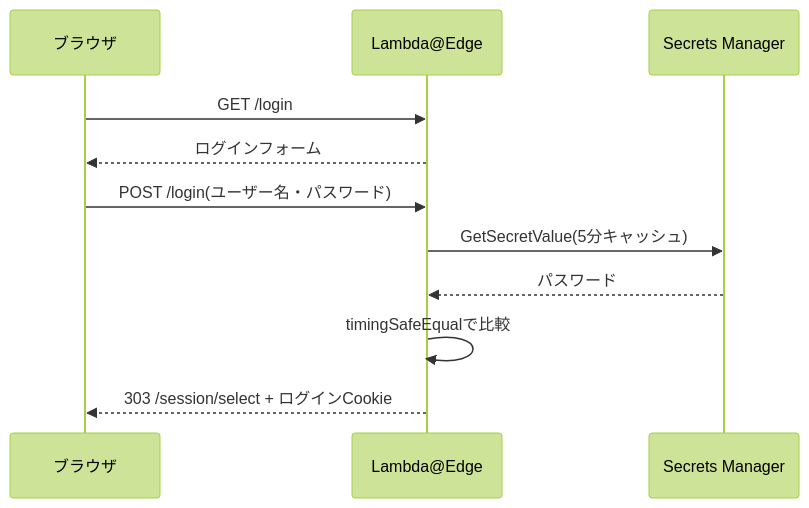
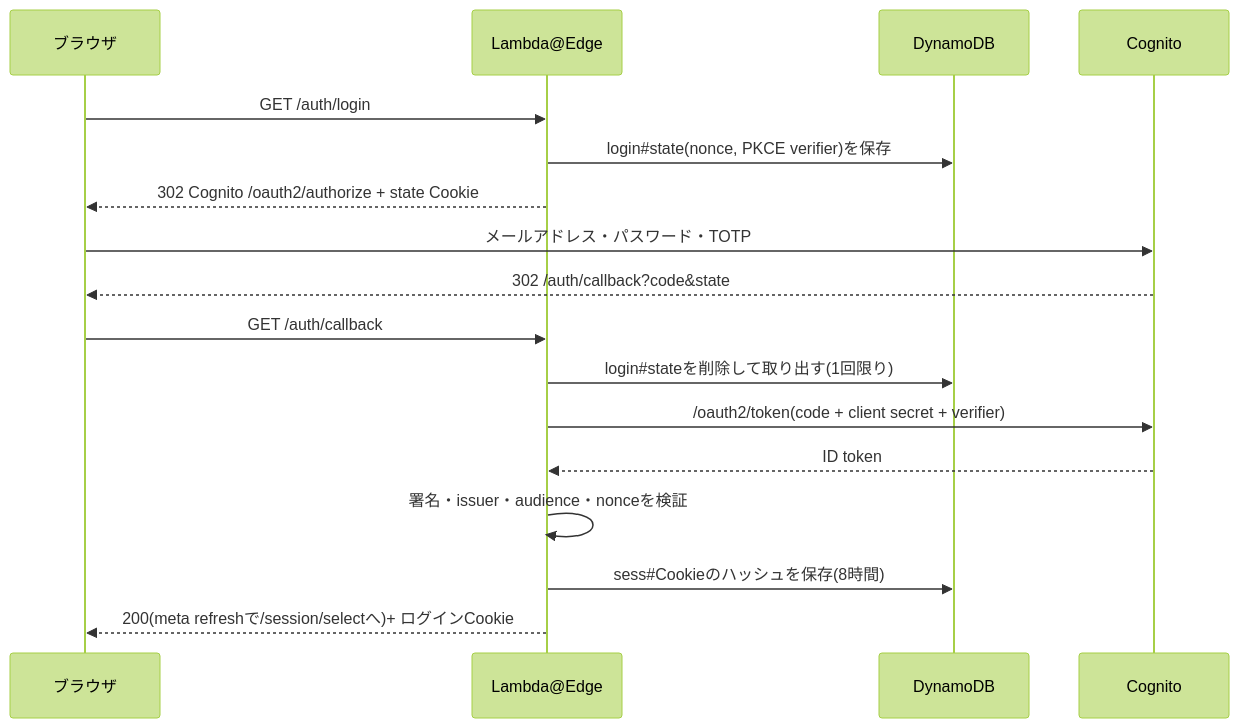
Before and after one commit to har1101/lambda-microvm-webapp: the third of 8 diagrams in docs/blog/01-aws-architecture.md, drawn with Mermaid (forest theme). The commit also changed other lines of this file and 3 other files, not shown here.

Commit message:
Update blog posts for the Cognito login

````diff
--- a/docs/blog/01-aws-architecture.md
+++ b/docs/blog/01-aws-architecture.md
@@ -424,13 +432,19 @@
 ```mermaid
 sequenceDiagram
     participant B as ブラウザ
     participant E as Lambda@Edge
-    participant S as Secrets Manager
-    B->>E: GET /login
-    E-->>B: ログインフォーム
-    B->>E: POST /login(ユーザー名・パスワード)
-    E->>S: GetSecretValue(5分キャッシュ)
-    S-->>E: パスワード
-    E->>E: timingSafeEqualで比較
-    E-->>B: 303 /session/select + ログインCookie
+    participant D as DynamoDB
+    participant C as Cognito
+    B->>E: GET /auth/login
+    E->>D: login#35;state(nonce, PKCE verifier)を保存
+    E-->>B: 302 Cognito /oauth2/authorize + state Cookie
+    B->>C: メールアドレス・パスワード・TOTP
+    C-->>B: 302 /auth/callback?code&state
+    B->>E: GET /auth/callback
+    E->>D: login#35;stateを削除して取り出す(1回限り)
+    E->>C: /oauth2/token(code + client secret + verifier)
+    C-->>E: ID token
+    E->>E: 署名・issuer・audience・nonceを検証
+    E->>D: sess#35;Cookieのハッシュを保存(8時間)
+    E-->>B: 200(meta refreshで/session/selectへ)+ ログインCookie
 ```
````
